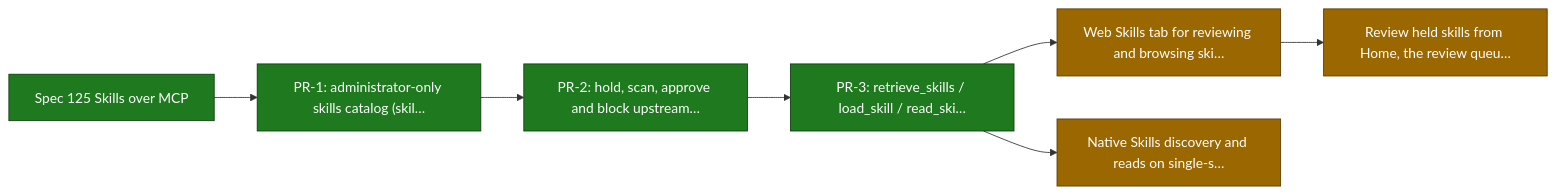
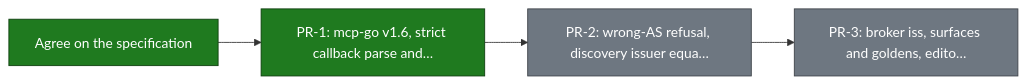
Diagram 16 of 37 in ROADMAP.md (smart-mcp-proxy/mcpproxy-go), drawn with Mermaid before and after one commit. The commit also changed other lines of this file and 1 other file, not shown here.

Commit message:
docs(roadmap): sync statuses with merged PRs, add epics for specs 130-137

````diff
--- a/ROADMAP.md
+++ b/ROADMAP.md
@@ -496,22 +589,16 @@
 ```mermaid
 graph LR
-  skills_over_mcp_spec["Spec 125 Skills over MCP"]
-  skills_over_mcp_catalog["PR-1: administrator-only skills catalog (skil…"]
-  skills_over_mcp_gate["PR-2: hold, scan, approve and block upstream…"]
-  skills_over_mcp_agent_tools["PR-3: retrieve_skills / load_skill / read_ski…"]
-  skills_over_mcp_web["Web Skills tab for reviewing and browsing ski…"]
-  skills_over_mcp_native["Native Skills discovery and reads on single-s…"]
-  skills_over_mcp_review_queue["Review held skills from Home, the review queu…"]
+  oauth_client_hardening_spec["Agree on the specification"]
+  oauth_client_hardening_pr1["PR-1: mcp-go v1.6, strict callback parse and…"]
+  oauth_client_hardening_enforce["PR-2: wrong-AS refusal, discovery issuer equa…"]
+  oauth_client_hardening_surfaces["PR-3: broker iss, surfaces and goldens, edito…"]
 
-  skills_over_mcp_spec --> skills_over_mcp_catalog
-  skills_over_mcp_catalog --> skills_over_mcp_gate
-  skills_over_mcp_gate --> skills_over_mcp_agent_tools
-  skills_over_mcp_agent_tools --> skills_over_mcp_web
-  skills_over_mcp_agent_tools --> skills_over_mcp_native
-  skills_over_mcp_web --> skills_over_mcp_review_queue
+  oauth_client_hardening_spec --> oauth_client_hardening_pr1
+  oauth_client_hardening_pr1 --> oauth_client_hardening_enforce
+  oauth_client_hardening_enforce --> oauth_client_hardening_surfaces
 
   classDef done fill:#1f7a1f,stroke:#0d3d0d,color:#ffffff;
-  classDef in_review fill:#9a6700,stroke:#5c3d00,color:#ffffff;
-  class skills_over_mcp_spec,skills_over_mcp_catalog,skills_over_mcp_gate,skills_over_mcp_agent_tools done;
-  class skills_over_mcp_web,skills_over_mcp_native,skills_over_mcp_review_queue in_review;
+  classDef todo fill:#6e7781,stroke:#3d4248,color:#ffffff;
+  class oauth_client_hardening_spec,oauth_client_hardening_pr1 done;
+  class oauth_client_hardening_enforce,oauth_client_hardening_surfaces todo;
 ```
````
